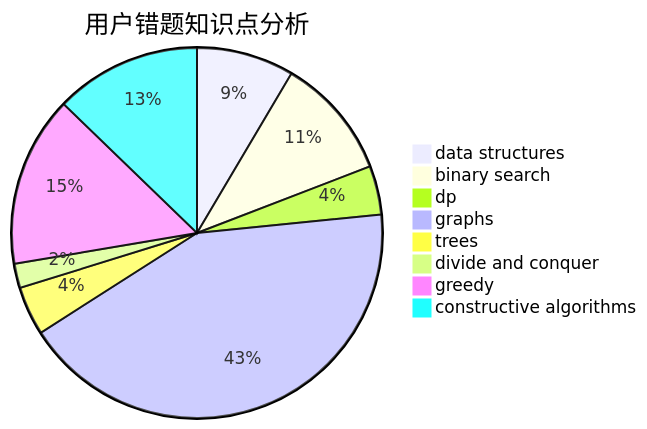
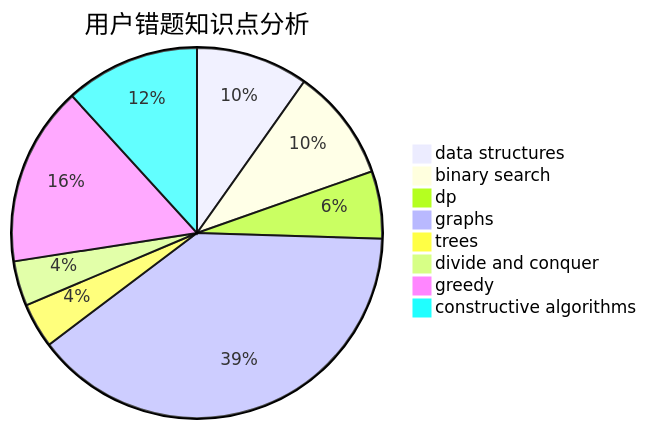
Before and after one commit to sherpahu/cfrs.github.io: the third of 3 diagrams in docs/user/u970.md, drawn with Mermaid. The commit also changed other lines of this file and 2770 other files, not shown here.

````diff
--- a/docs/user/u970.md
+++ b/docs/user/u970.md
@@ -36,11 +36,11 @@
 ```mermaid
 pie title 用户错题知识点分析
-    "data structures" :  4
+    "data structures" :  5
     "binary search" :  5
-    "dp" :  2
+    "dp" :  3
     "graphs" :  20
     "trees" :  2
-    "divide and conquer" :  1
-    "greedy" :  7
+    "divide and conquer" :  2
+    "greedy" :  8
     "constructive algorithms" :  6
 ```
````
